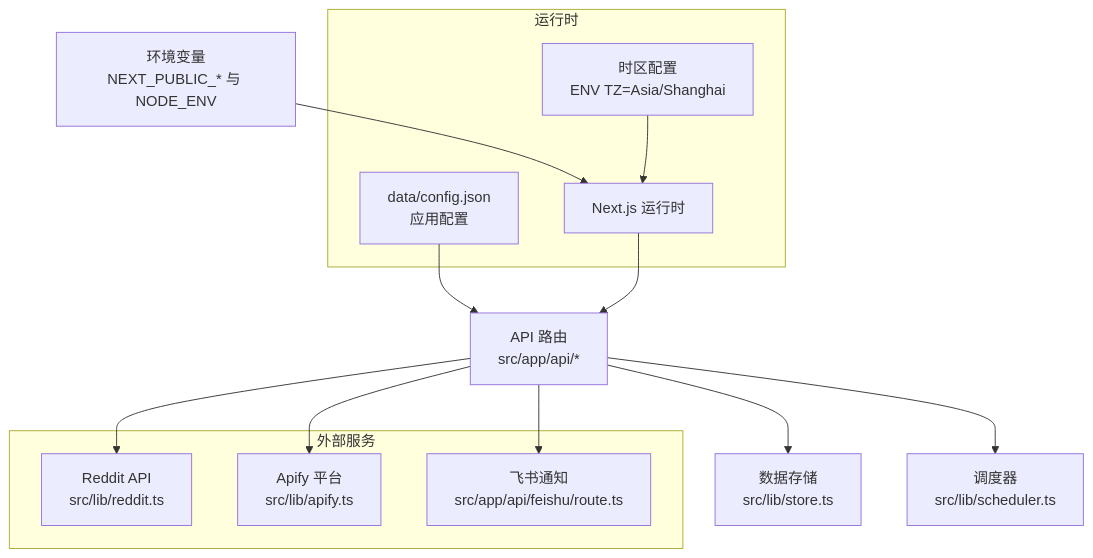
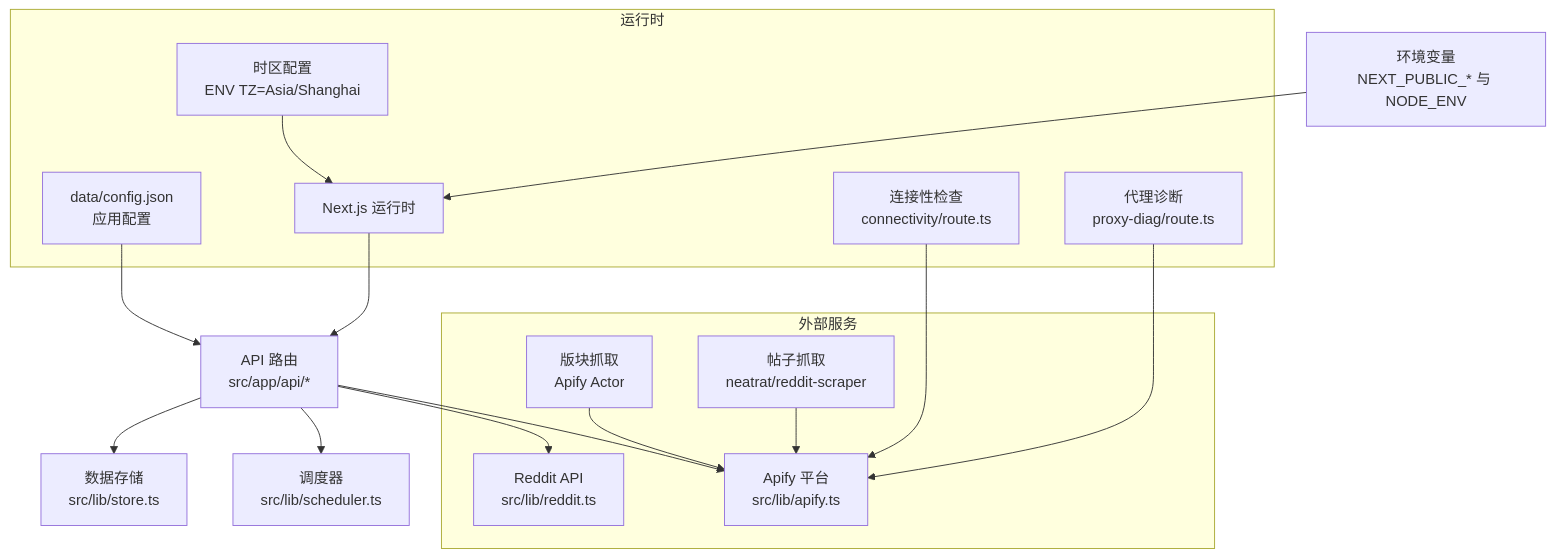
One commit to zezzezzez/reddit changed the second of 3 diagrams in .qoder/repowiki/zh/content/部署指南/环境配置.md. Above: the diagram before and after it, drawn with Mermaid. The commit also changed other lines of this file and 21 other files, not shown here.

````diff
--- a/.qoder/repowiki/zh/content/部署指南/环境配置.md
+++ b/.qoder/repowiki/zh/content/部署指南/环境配置.md
@@ -129,22 +147,28 @@
 ```mermaid
 graph TB
 CFG["data/config.json<br/>应用配置"] --> ROUTES["API 路由<br/>src/app/api/*"]
 ENV["环境变量<br/>NEXT_PUBLIC_* 与 NODE_ENV"] --> NEXT["Next.js 运行时"]
 NEXT --> ROUTES
 ROUTES --> REDDIT["Reddit API<br/>src/lib/reddit.ts"]
 ROUTES --> APIFY["Apify 平台<br/>src/lib/apify.ts"]
-ROUTES --> FEISHU["飞书通知<br/>src/app/api/feishu/route.ts"]
 ROUTES --> STORE["数据存储<br/>src/lib/store.ts"]
 ROUTES --> SCHED["调度器<br/>src/lib/scheduler.ts"]
 TZ["时区配置<br/>ENV TZ=Asia/Shanghai"] --> NEXT
+CONNECTIVITY["连接性检查<br/>connectivity/route.ts"] --> APIFY
+PROXYDIAG["代理诊断<br/>proxy-diag/route.ts"] --> APIFY
+SUBREDDIT["版块抓取<br/>Apify Actor"] --> APIFY
+POST["帖子抓取<br/>neatrat/reddit-scraper"] --> APIFY
 subgraph "运行时"
 NEXT
 CFG
 TZ
+CONNECTIVITY
+PROXYDIAG
 end
 subgraph "外部服务"
 REDDIT
 APIFY
-FEISHU
+SUBREDDIT
+POST
 end
 ```
````
